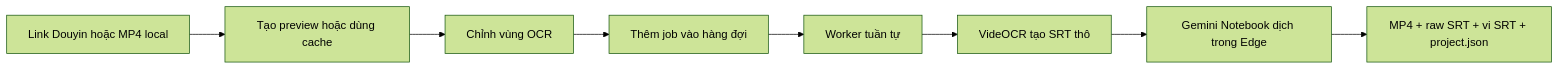
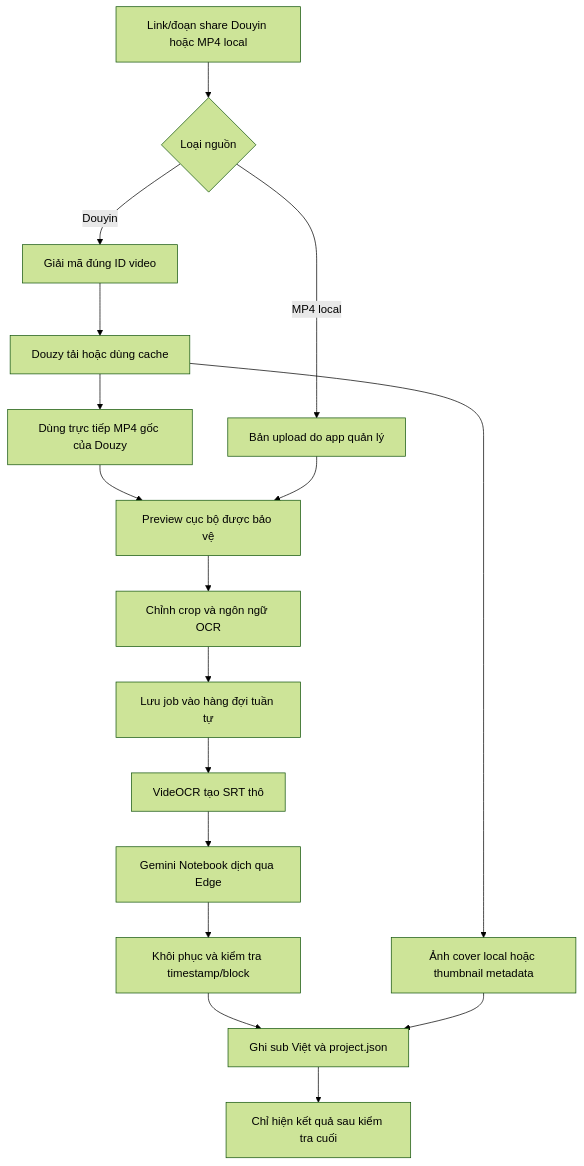
One commit to qvinh8726/VietSub-Studio changed the second of 2 diagrams in README.md. Above: the diagram before and after it, drawn with Mermaid (forest theme). The commit also changed other lines of this file and 5 other files, not shown here.

````diff
--- a/README.md
+++ b/README.md
@@ -712,10 +861,19 @@
 ```mermaid
-flowchart LR
-    A[Link Douyin hoặc MP4 local] --> B[Tạo preview hoặc dùng cache]
-    B --> C[Chỉnh vùng OCR]
-    C --> D[Thêm job vào hàng đợi]
-    D --> E[Worker tuần tự]
-    E --> F[VideOCR tạo SRT thô]
-    F --> G[Gemini Notebook dịch trong Edge]
-    G --> H[MP4 + raw SRT + vi SRT + project.json]
+flowchart TD
+    A[Link/đoạn share Douyin hoặc MP4 local] --> B{Loại nguồn}
+    B -->|Douyin| C[Giải mã đúng ID video]
+    C --> D[Douzy tải hoặc dùng cache]
+    D --> E[Dùng trực tiếp MP4 gốc của Douzy]
+    D --> T[Ảnh cover local hoặc thumbnail metadata]
+    B -->|MP4 local| F[Bản upload do app quản lý]
+    E --> G[Preview cục bộ được bảo vệ]
+    F --> G
+    G --> H[Chỉnh crop và ngôn ngữ OCR]
+    H --> I[Lưu job vào hàng đợi tuần tự]
+    I --> J[VideOCR tạo SRT thô]
+    J --> K[Gemini Notebook dịch qua Edge]
+    K --> L[Khôi phục và kiểm tra timestamp/block]
+    L --> M[Ghi sub Việt và project.json]
+    T --> M
+    M --> N[Chỉ hiện kết quả sau kiểm tra cuối]
 ```
````
